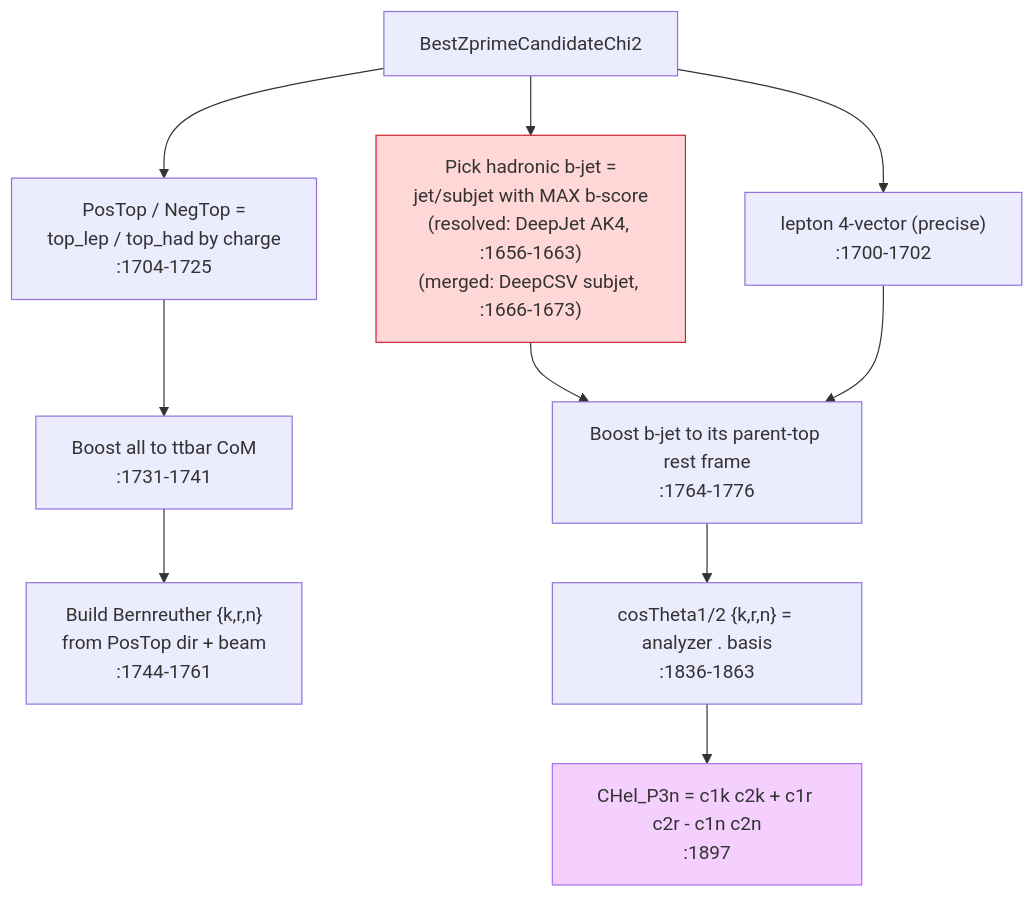
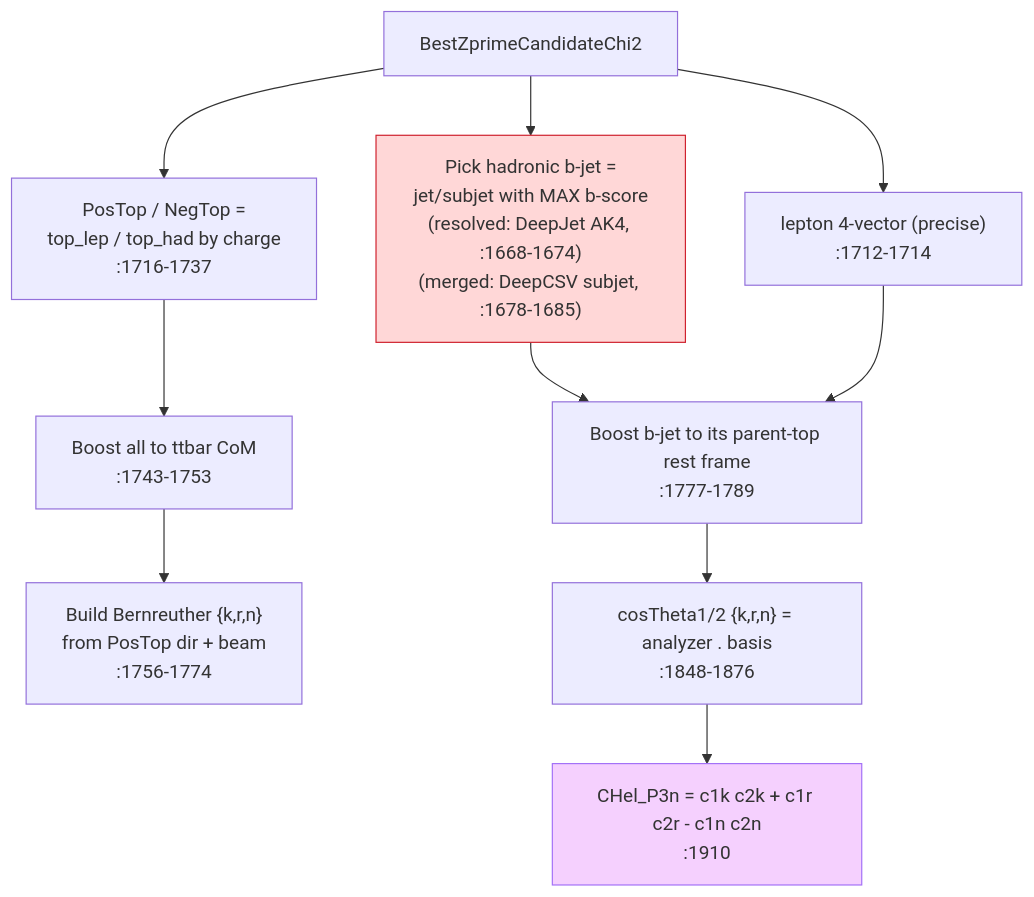
One commit to ricEsco/ZprimeSemiLeptonic changed the third of 4 diagrams in docs/ZprimeCandidateBuilder_CHelP3n_optimization.md. Above: the diagram before and after it, drawn with Mermaid. The commit also changed other lines of this file, not shown here.

First line of the commit message:
Update CHel_P3n definition and histogram references

````diff
--- a/docs/ZprimeCandidateBuilder_CHelP3n_optimization.md
+++ b/docs/ZprimeCandidateBuilder_CHelP3n_optimization.md
@@ -180,14 +180,14 @@
 ```mermaid
 flowchart TD
-    A["BestZprimeCandidateChi2"] --> B["Pick hadronic b-jet =<br/>jet/subjet with MAX b-score<br/>(resolved: DeepJet AK4, :1656-1663)<br/>(merged: DeepCSV subjet, :1666-1673)"]
-    A --> C["lepton 4-vector (precise)<br/>:1700-1702"]
-    A --> D["PosTop / NegTop =<br/>top_lep / top_had by charge<br/>:1704-1725"]
-    D --> E["Boost all to ttbar CoM<br/>:1731-1741"]
-    E --> F["Build Bernreuther {k,r,n}<br/>from PosTop dir + beam<br/>:1744-1761"]
-    B --> G["Boost b-jet to its parent-top rest frame<br/>:1764-1776"]
+    A["BestZprimeCandidateChi2"] --> B["Pick hadronic b-jet =<br/>jet/subjet with MAX b-score<br/>(resolved: DeepJet AK4, :1668-1674)<br/>(merged: DeepCSV subjet, :1678-1685)"]
+    A --> C["lepton 4-vector (precise)<br/>:1712-1714"]
+    A --> D["PosTop / NegTop =<br/>top_lep / top_had by charge<br/>:1716-1737"]
+    D --> E["Boost all to ttbar CoM<br/>:1743-1753"]
+    E --> F["Build Bernreuther {k,r,n}<br/>from PosTop dir + beam<br/>:1756-1774"]
+    B --> G["Boost b-jet to its parent-top rest frame<br/>:1777-1789"]
     C --> G
-    G --> H["cosTheta1/2 {k,r,n} = analyzer . basis<br/>:1836-1863"]
-    H --> I["CHel_P3n = c1k c2k + c1r c2r - c1n c2n<br/>:1897"]
+    G --> H["cosTheta1/2 {k,r,n} = analyzer . basis<br/>:1848-1876"]
+    H --> I["CHel_P3n = c1k c2k + c1r c2r - c1n c2n<br/>:1910"]
     style B fill:#ffd7d7,stroke:#cf222e
     style I fill:#f5d0fe,stroke:#a371f7
 ```
````
